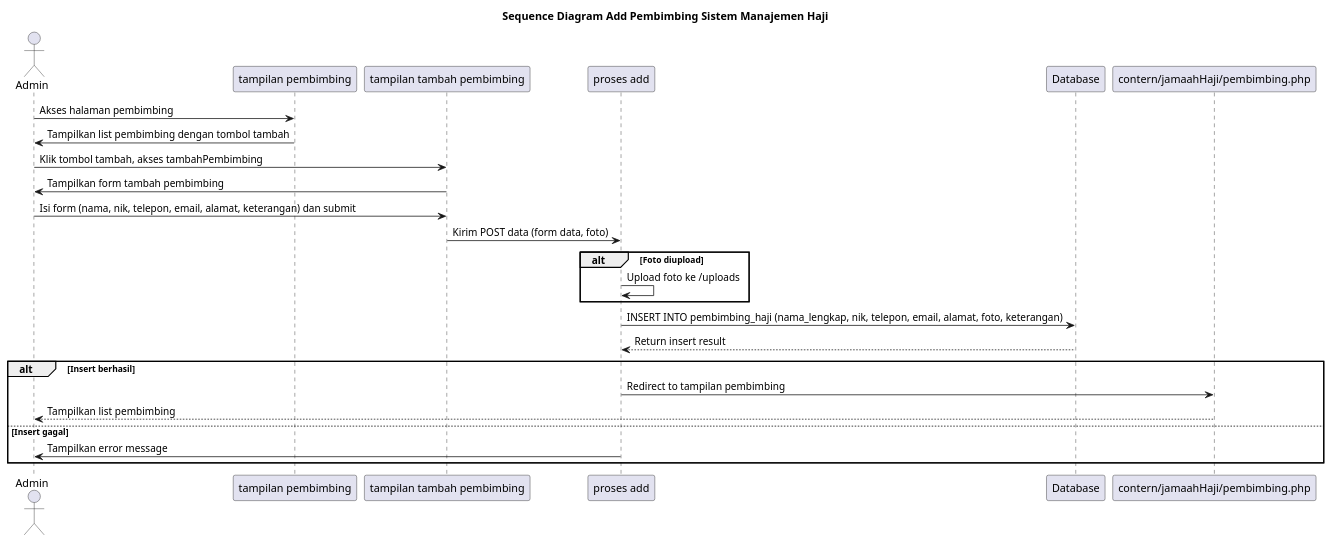
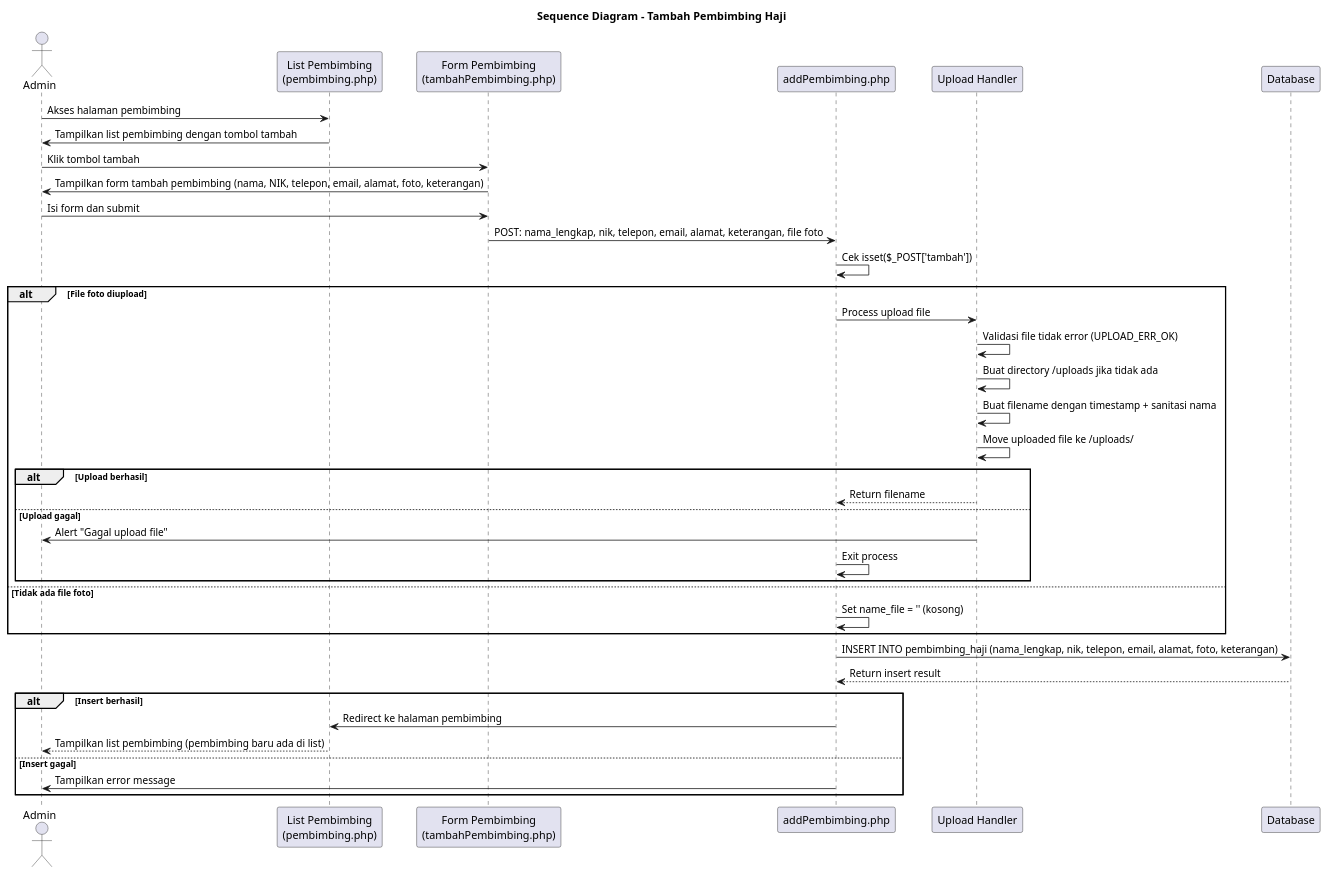
One commit to fauzirahayu/uzicom changed the diagram in komponen/sequence_diagram_add_pembimbing.puml. Above: the diagram before and after it, drawn with PlantUML. The commit also changed 19 other files, not shown here.

```diff
--- a/komponen/sequence_diagram_add_pembimbing.puml
+++ b/komponen/sequence_diagram_add_pembimbing.puml
@@ -1,35 +1,51 @@
 @startuml Sequence Diagram Add Pembimbing
 
-title Sequence Diagram Add Pembimbing Sistem Manajemen Haji
+title Sequence Diagram - Tambah Pembimbing Haji
 
-actor Admin as Admin
-participant "tampilan pembimbing" as PembimbingPage
-participant "tampilan tambah pembimbing" as FormPage
-participant "proses add" as AddPembimbing
+actor Admin
+participant "List Pembimbing\n(pembimbing.php)" as PembimbingList
+participant "Form Pembimbing\n(tambahPembimbing.php)" as FormPage
+participant "addPembimbing.php" as AddProcess
+participant "Upload Handler" as Upload
 participant "Database" as DB
-participant "contern/jamaahHaji/pembimbing.php" as PembimbingList
 
-Admin -> PembimbingPage: Akses halaman pembimbing
-PembimbingPage -> Admin: Tampilkan list pembimbing dengan tombol tambah
+Admin -> PembimbingList: Akses halaman pembimbing
+PembimbingList -> Admin: Tampilkan list pembimbing dengan tombol tambah
 
-Admin -> FormPage: Klik tombol tambah, akses tambahPembimbing
-FormPage -> Admin: Tampilkan form tambah pembimbing
+Admin -> FormPage: Klik tombol tambah
+FormPage -> Admin: Tampilkan form tambah pembimbing (nama, NIK, telepon, email, alamat, foto, keterangan)
 
-Admin -> FormPage: Isi form (nama, nik, telepon, email, alamat, keterangan) dan submit
-FormPage -> AddPembimbing: Kirim POST data (form data, foto)
+Admin -> FormPage: Isi form dan submit
+FormPage -> AddProcess: POST: nama_lengkap, nik, telepon, email, alamat, keterangan, file foto
 
-alt Foto diupload
-    AddPembimbing -> AddPembimbing: Upload foto ke /uploads
+AddProcess -> AddProcess: Cek isset($_POST['tambah'])
+
+alt File foto diupload
+    AddProcess -> Upload: Process upload file
+    
+    Upload -> Upload: Validasi file tidak error (UPLOAD_ERR_OK)
+    Upload -> Upload: Buat directory /uploads jika tidak ada
+    Upload -> Upload: Buat filename dengan timestamp + sanitasi nama
+    Upload -> Upload: Move uploaded file ke /uploads/
+    
+    alt Upload berhasil
+        Upload --> AddProcess: Return filename
+    else Upload gagal
+        Upload -> Admin: Alert "Gagal upload file"
+        AddProcess -> AddProcess: Exit process
+    end
+else Tidak ada file foto
+    AddProcess -> AddProcess: Set name_file = '' (kosong)
 end
 
-AddPembimbing -> DB: INSERT INTO pembimbing_haji (nama_lengkap, nik, telepon, email, alamat, foto, keterangan)
-DB --> AddPembimbing: Return insert result
+AddProcess -> DB: INSERT INTO pembimbing_haji (nama_lengkap, nik, telepon, email, alamat, foto, keterangan)
+DB --> AddProcess: Return insert result
 
 alt Insert berhasil
-    AddPembimbing -> PembimbingList: Redirect to tampilan pembimbing
-    PembimbingList --> Admin: Tampilkan list pembimbing
+    AddProcess -> PembimbingList: Redirect ke halaman pembimbing
+    PembimbingList --> Admin: Tampilkan list pembimbing (pembimbing baru ada di list)
 else Insert gagal
-    AddPembimbing -> Admin: Tampilkan error message
+    AddProcess -> Admin: Tampilkan error message
 end
 
 @enduml
```
